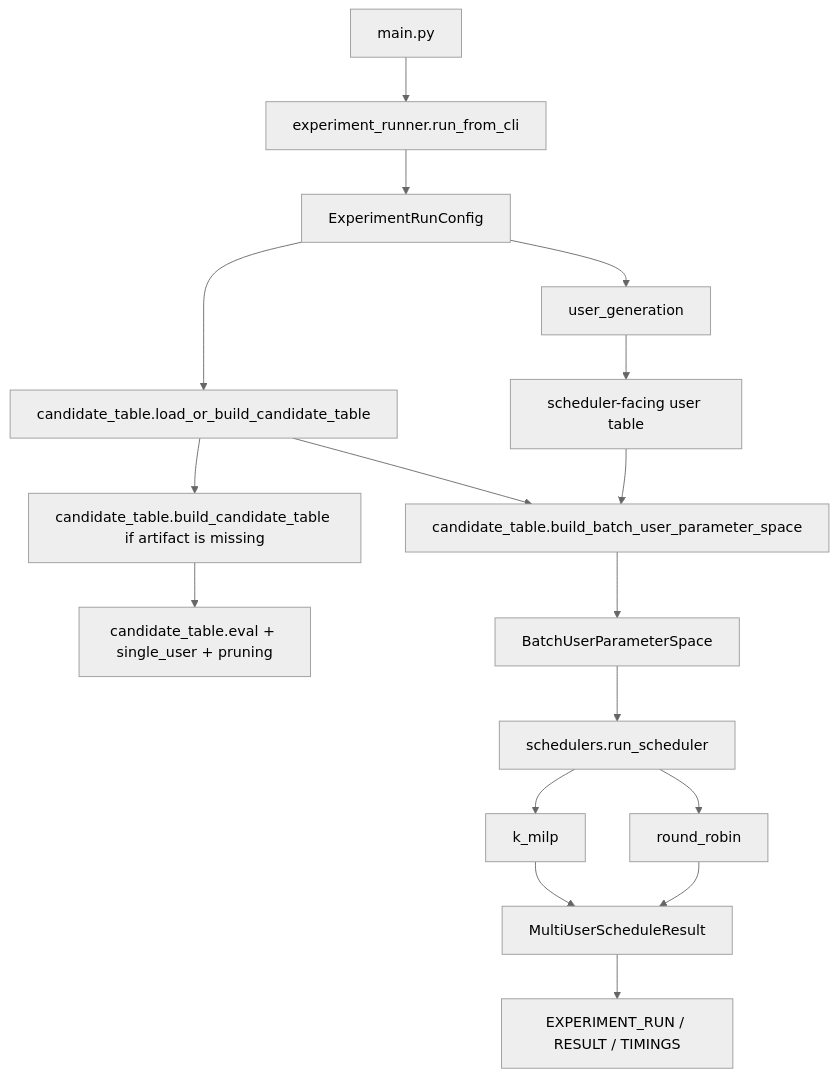
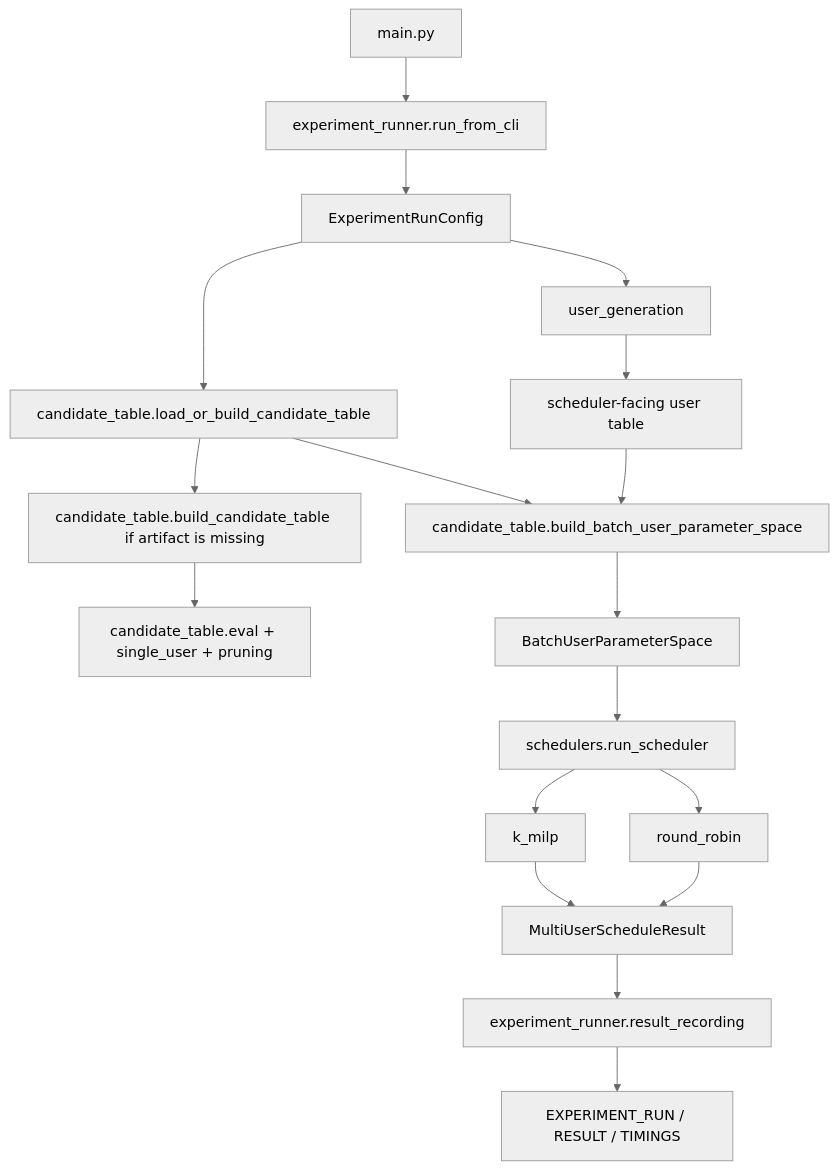
One commit to henryblu/ran-joint-scheduling-optimization changed the diagram in README.md. Above: the diagram before and after it, drawn with Mermaid (neutral theme). The commit also changed other lines of this file and 1 other file, not shown here.

````diff
--- a/README.md
+++ b/README.md
@@ -34,19 +34,20 @@
 ```mermaid
 flowchart TD
     Main["main.py"] --> Runner["experiment_runner.run_from_cli"]
     Runner --> Config["ExperimentRunConfig"]
     Config --> Users["user_generation"]
     Config --> CandidateArtifact["candidate_table.load_or_build_candidate_table"]
     CandidateArtifact --> CandidateBuild["candidate_table.build_candidate_table if artifact is missing"]
     CandidateBuild --> CandidateEval["candidate_table.eval + single_user + pruning"]
     Users --> UserTable["scheduler-facing user table"]
     UserTable --> Lookup["candidate_table.build_batch_user_parameter_space"]
     CandidateArtifact --> Lookup
     Lookup --> BatchSpace["BatchUserParameterSpace"]
     BatchSpace --> Dispatch["schedulers.run_scheduler"]
     Dispatch --> RR["round_robin"]
     Dispatch --> KMILP["k_milp"]
     RR --> Result["MultiUserScheduleResult"]
     KMILP --> Result
-    Result --> Console["EXPERIMENT_RUN / RESULT / TIMINGS"]
+    Result --> Recording["experiment_runner.result_recording"]
+    Recording --> Console["EXPERIMENT_RUN / RESULT / TIMINGS"]
 ```
````
